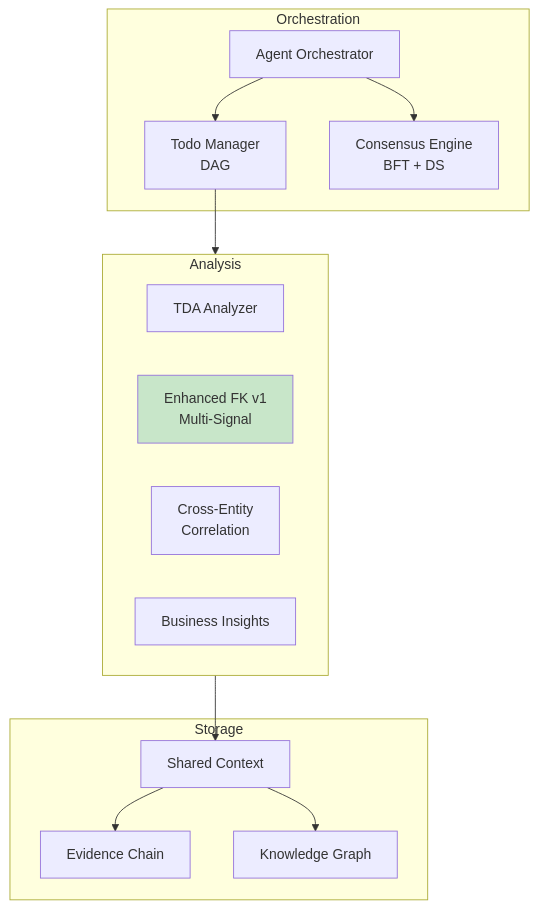
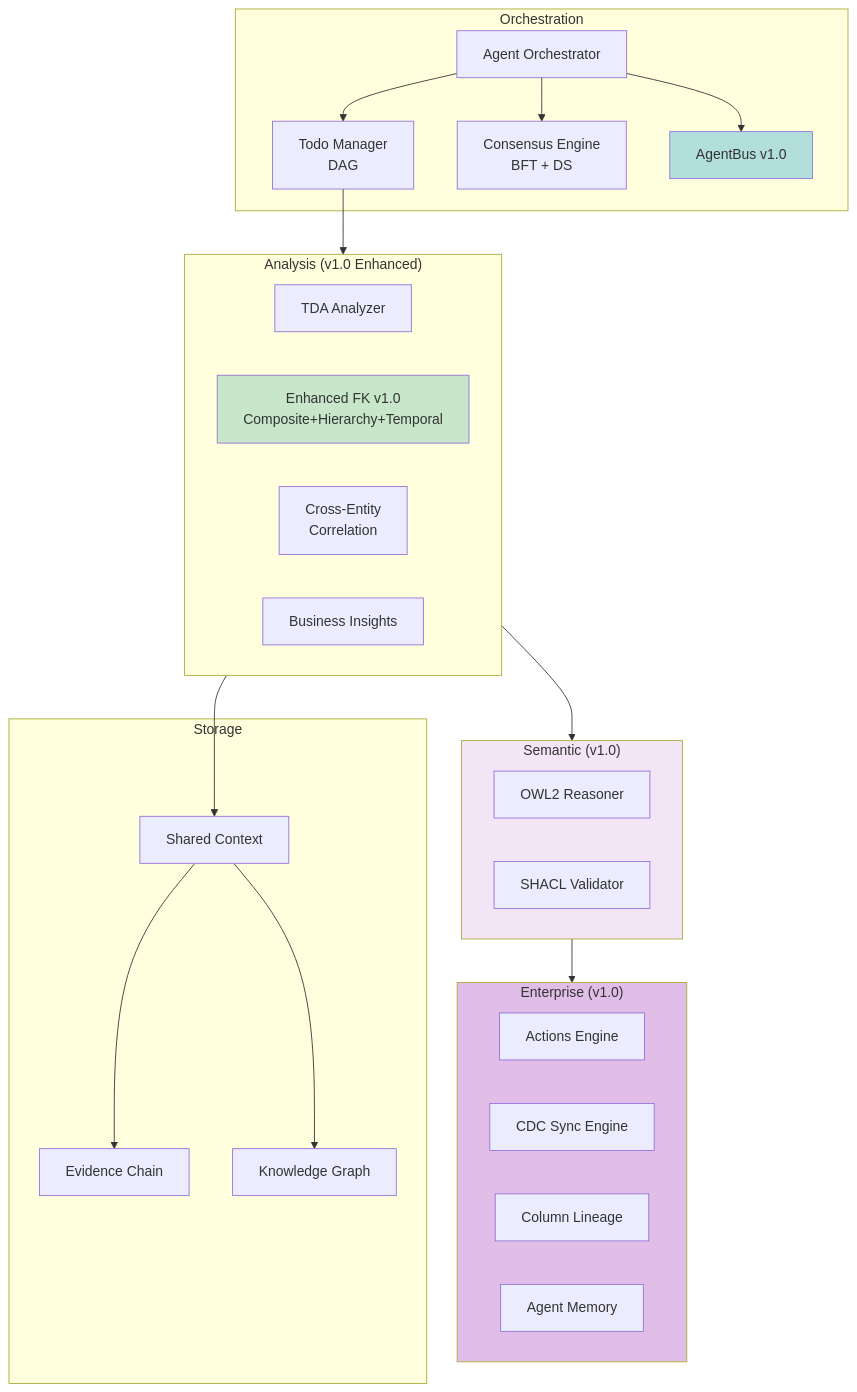
Before and after one commit to sabill123/ontology: the second of 10 diagrams in docs/diagrams/README.md, drawn with Mermaid. The commit also changed other lines of this file and 176 other files, not shown here.

````diff
--- a/docs/diagrams/README.md
+++ b/docs/diagrams/README.md
@@ -36,30 +63,49 @@
 ```mermaid
 graph TB
     subgraph Orchestration
         AO[Agent Orchestrator]
         TM[Todo Manager<br/>DAG]
         CE[Consensus Engine<br/>BFT + DS]
+        BUS[AgentBus v1.0]
     end
 
-    subgraph Analysis
+    subgraph Analysis_V16["Analysis (v1.0 Enhanced)"]
         TDA[TDA Analyzer]
-        FK[Enhanced FK v1<br/>Multi-Signal]
+        FK[Enhanced FK v1.0<br/>Composite+Hierarchy+Temporal]
         CEC[Cross-Entity<br/>Correlation]
         BI[Business Insights]
+    end
+
+    subgraph Semantic_V16["Semantic (v1.0)"]
+        OWL[OWL2 Reasoner]
+        SHACL[SHACL Validator]
+    end
+
+    subgraph Enterprise_V16["Enterprise (v1.0)"]
+        ACT[Actions Engine]
+        CDC[CDC Sync Engine]
+        LIN[Column Lineage]
+        MEM[Agent Memory]
     end
 
     subgraph Storage
         SC[Shared Context]
         EC[Evidence Chain]
         KG[Knowledge Graph]
     end
 
     AO --> TM
     AO --> CE
-    TM --> Analysis
-    Analysis --> SC
+    AO --> BUS
+    TM --> Analysis_V16
+    Analysis_V16 --> Semantic_V16
+    Semantic_V16 --> Enterprise_V16
+    Analysis_V16 --> SC
     SC --> EC
     SC --> KG
 
     style FK fill:#c8e6c9
+    style BUS fill:#b2dfdb
+    style Semantic_V16 fill:#f3e5f5
+    style Enterprise_V16 fill:#e1bee7
 ```
````
